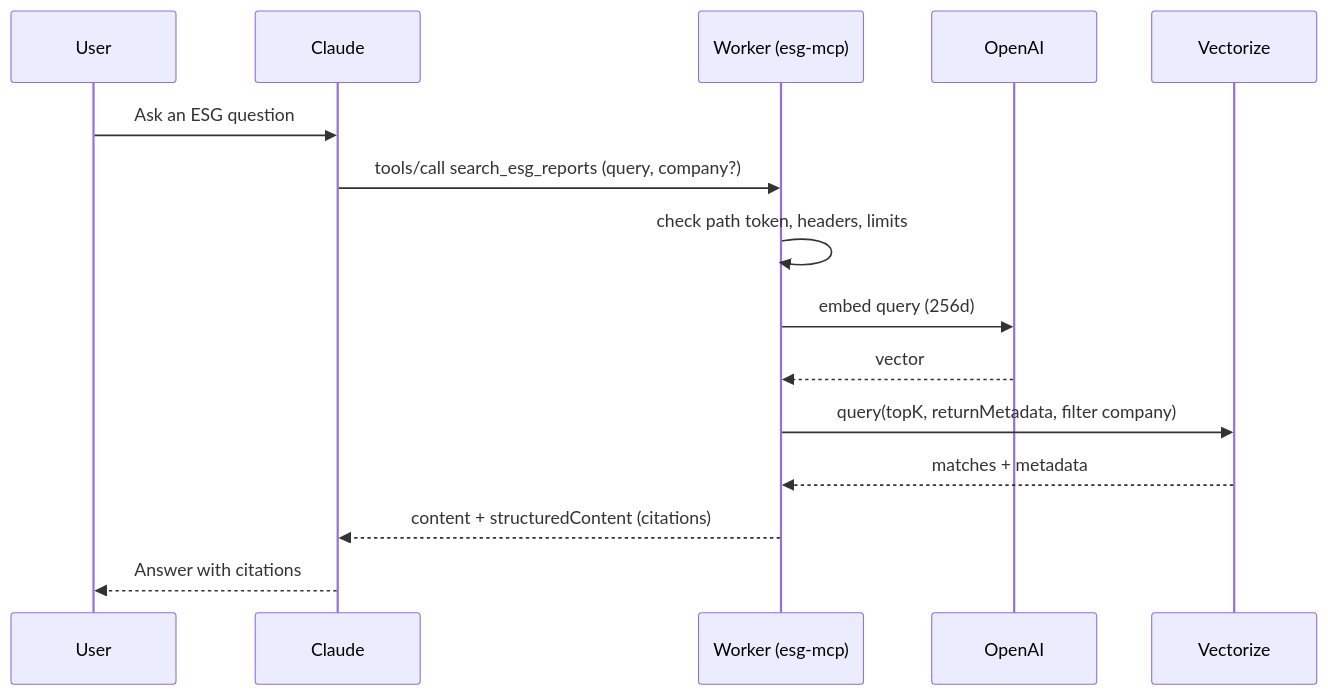
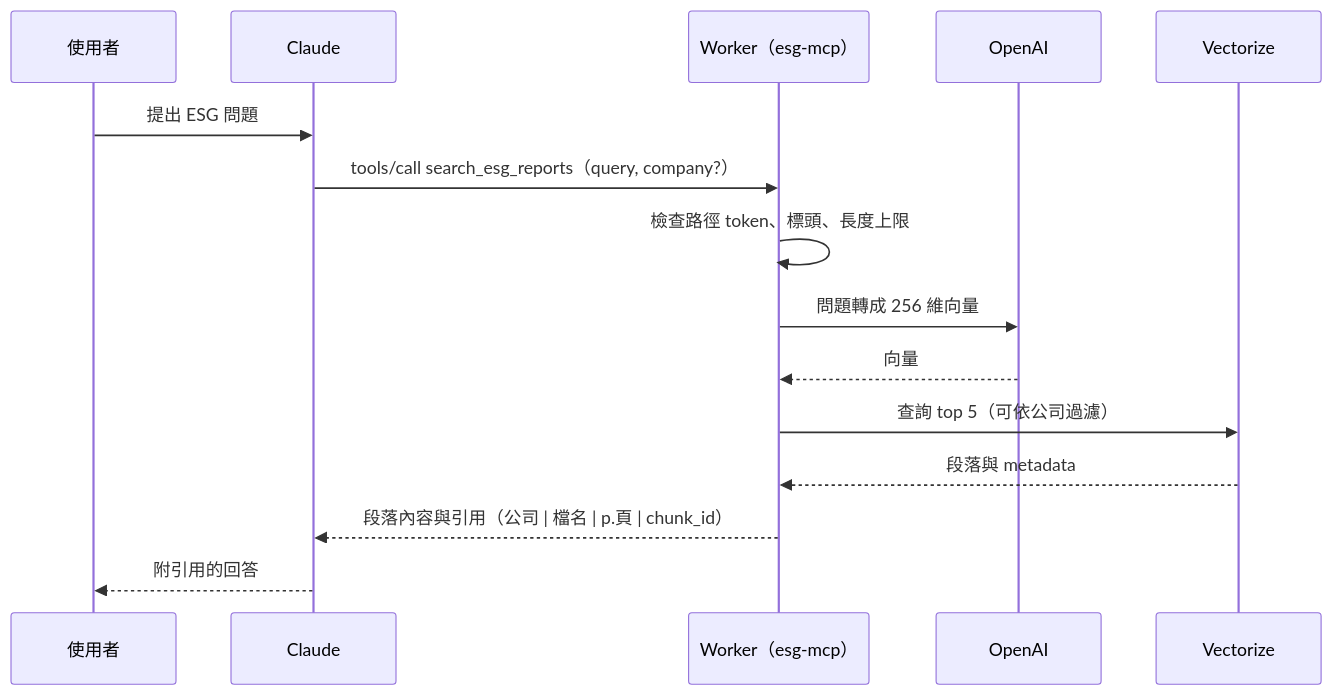
One commit to WilliamCHIU-ETH/MCP_ESG_index50 changed the third of 3 diagrams in README.md. Above: the diagram before and after it, drawn with Mermaid. The commit also changed other lines of this file, not shown here.

````diff
--- a/README.md
+++ b/README.md
@@ -29,17 +49,17 @@
 ```mermaid
 sequenceDiagram
-    participant U as User
+    participant U as 使用者
     participant C as Claude
-    participant W as Worker (esg-mcp)
+    participant W as Worker（esg-mcp）
     participant O as OpenAI
     participant V as Vectorize
-    U->>C: Ask an ESG question
-    C->>W: tools/call search_esg_reports (query, company?)
-    W->>W: check path token, headers, limits
-    W->>O: embed query (256d)
-    O-->>W: vector
-    W->>V: query(topK, returnMetadata, filter company)
-    V-->>W: matches + metadata
-    W-->>C: content + structuredContent (citations)
-    C-->>U: Answer with citations
+    U->>C: 提出 ESG 問題
+    C->>W: tools/call search_esg_reports（query, company?）
+    W->>W: 檢查路徑 token、標頭、長度上限
+    W->>O: 問題轉成 256 維向量
+    O-->>W: 向量
+    W->>V: 查詢 top 5（可依公司過濾）
+    V-->>W: 段落與 metadata
+    W-->>C: 段落內容與引用（公司 | 檔名 | p.頁 | chunk_id）
+    C-->>U: 附引用的回答
 ```
````
